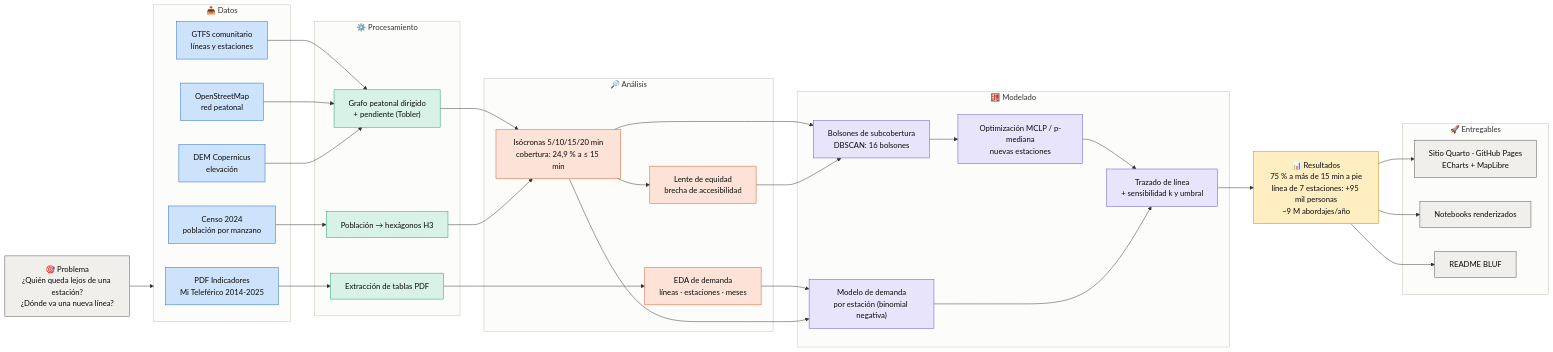
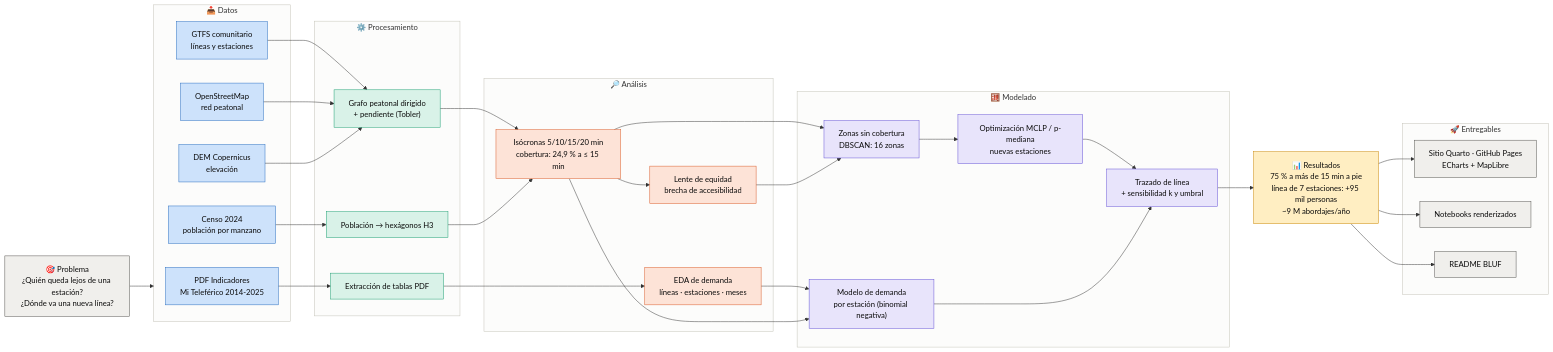
One commit to freddxvill/analisis-proyeccion-linea-teleferico-la-paz-bolivia changed the diagram in README.md. Above: the diagram before and after it, drawn with Mermaid. The commit also changed other lines of this file and 8 other files, not shown here.

Commit message:
Texto visible: "bolsones" pasa a "zonas sin cobertura"

````diff
--- a/README.md
+++ b/README.md
@@ -59,74 +59,74 @@
 ```mermaid
 flowchart LR
     P["🎯 Problema<br/>¿Quién queda lejos de una estación?<br/>¿Dónde va una nueva línea?"]
 
     subgraph D["📥 Datos"]
         D1["PDF Indicadores<br/>Mi Teleférico 2014-2025"]
         D3["GTFS comunitario<br/>líneas y estaciones"]
         D4["OpenStreetMap<br/>red peatonal"]
         D5["Censo 2024<br/>población por manzano"]
         D6["DEM Copernicus<br/>elevación"]
     end
 
     subgraph T["⚙️ Procesamiento"]
         T1["Extracción de tablas PDF"]
         T2["Grafo peatonal dirigido<br/>+ pendiente (Tobler)"]
         T3["Población → hexágonos H3"]
     end
 
     subgraph A["🔎 Análisis"]
         A1["EDA de demanda<br/>líneas · estaciones · meses"]
         A2["Isócronas 5/10/15/20 min<br/>cobertura: 24,9 % a ≤ 15 min"]
         A3["Lente de equidad<br/>brecha de accesibilidad"]
     end
 
     subgraph M["🧮 Modelado"]
-        M0["Bolsones de subcobertura<br/>DBSCAN: 16 bolsones"]
+        M0["Zonas sin cobertura<br/>DBSCAN: 16 zonas"]
         M1["Modelo de demanda<br/>por estación (binomial negativa)"]
         M2["Optimización MCLP / p-mediana<br/>nuevas estaciones"]
         M3["Trazado de línea<br/>+ sensibilidad k y umbral"]
     end
 
     R["📊 Resultados<br/>75 % a más de 15 min a pie<br/>línea de 7 estaciones: +95 mil personas<br/>~9 M abordajes/año"]
 
     subgraph E["🚀 Entregables"]
         E1["Sitio Quarto · GitHub Pages<br/>ECharts + MapLibre"]
         E2["Notebooks renderizados"]
         E3["README BLUF"]
     end
 
     P --> D
     D1 --> T1
     D3 & D4 & D6 --> T2
     D5 --> T3
     T1 --> A1
     T2 & T3 --> A2
     A2 --> A3
     A1 & A2 --> M1
     A2 & A3 --> M0
     M0 --> M2
     M2 --> M3
     M1 --> M3
     M3 --> R
     R --> E1 & E2 & E3
 
     classDef problema fill:#f0efec,stroke:#52514e,color:#0b0b0b
     classDef datos fill:#cde2fb,stroke:#256abf,color:#0b0b0b
     classDef proc fill:#d9f2e8,stroke:#199e70,color:#0b0b0b
     classDef analisis fill:#fde3d7,stroke:#d95926,color:#0b0b0b
     classDef modelo fill:#e8e4fb,stroke:#6250d6,color:#0b0b0b
     classDef resultado fill:#ffeec2,stroke:#c98500,color:#0b0b0b
     classDef entrega fill:#f0efec,stroke:#52514e,color:#0b0b0b
     class P problema
     class D1,D3,D4,D5,D6 datos
     class T1,T2,T3 proc
     class A1,A2,A3 analisis
     class M0,M1,M2,M3 modelo
     class R resultado
     class E1,E2,E3 entrega
     style D fill:#fcfcfb,stroke:#c3c2b7
     style T fill:#fcfcfb,stroke:#c3c2b7
     style A fill:#fcfcfb,stroke:#c3c2b7
     style M fill:#fcfcfb,stroke:#c3c2b7
     style E fill:#fcfcfb,stroke:#c3c2b7
 ```
````
